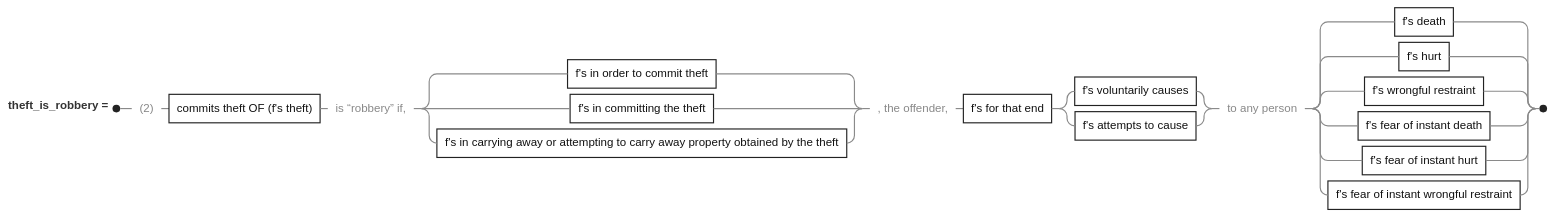
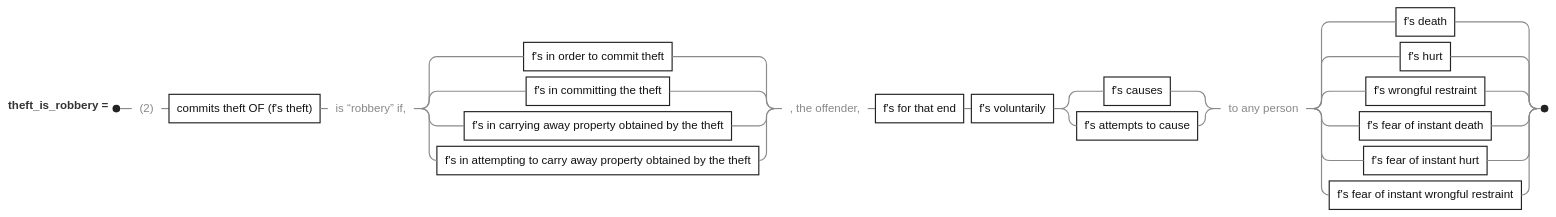
The diagram in subjects/sg/penal-code-1871/encodings/legalese/projections/robbery-390-2.mmd (legalese/canon), drawn with Mermaid before and after one commit. The commit also changed 6 other files, not shown here.

First line of the commit message:
sg/penal-code-1871: s 390(2) at Woon's granularity — "voluntarily" in series, carrying away split in two

```diff
--- a/subjects/sg/penal-code-1871/encodings/legalese/projections/robbery-390-2.mmd
+++ b/subjects/sg/penal-code-1871/encodings/legalese/projections/robbery-390-2.mmd
@@ -1,16 +1,16 @@
 ---
 config:
   railroad:
     nonTerminalFill: "#ffffff"
     nonTerminalStroke: "#222222"
     nonTerminalTextColor: "#111111"
     terminalFill: "transparent"
     terminalStroke: "transparent"
     terminalTextColor: "#888888"
     lineColor: "#8a8a8a"
     markerFill: "#222222"
     strokeWidth: 1.5
     fontSize: 15
 ---
 railroad-beta
-theft_is_robbery = sequence(terminal("(2)"), nonterminal("commits theft OF (f's theft)"), terminal("is “robbery” if,"), choice(nonterminal("f's in order to commit theft"), nonterminal("f's in committing the theft"), nonterminal("f's in carrying away or attempting to carry away property obtained by the theft")), terminal(", the offender,"), nonterminal("f's for that end"), choice(nonterminal("f's voluntarily causes"), nonterminal("f's attempts to cause")), terminal("to any person"), choice(nonterminal("f's death"), nonterminal("f's hurt"), nonterminal("f's wrongful restraint"), nonterminal("f's fear of instant death"), nonterminal("f's fear of instant hurt"), nonterminal("f's fear of instant wrongful restraint")));
+theft_is_robbery = sequence(terminal("(2)"), nonterminal("commits theft OF (f's theft)"), terminal("is “robbery” if,"), choice(nonterminal("f's in order to commit theft"), nonterminal("f's in committing the theft"), nonterminal("f's in carrying away property obtained by the theft"), nonterminal("f's in attempting to carry away property obtained by the theft")), terminal(", the offender,"), nonterminal("f's for that end"), nonterminal("f's voluntarily"), choice(nonterminal("f's causes"), nonterminal("f's attempts to cause")), terminal("to any person"), choice(nonterminal("f's death"), nonterminal("f's hurt"), nonterminal("f's wrongful restraint"), nonterminal("f's fear of instant death"), nonterminal("f's fear of instant hurt"), nonterminal("f's fear of instant wrongful restraint")));
```
